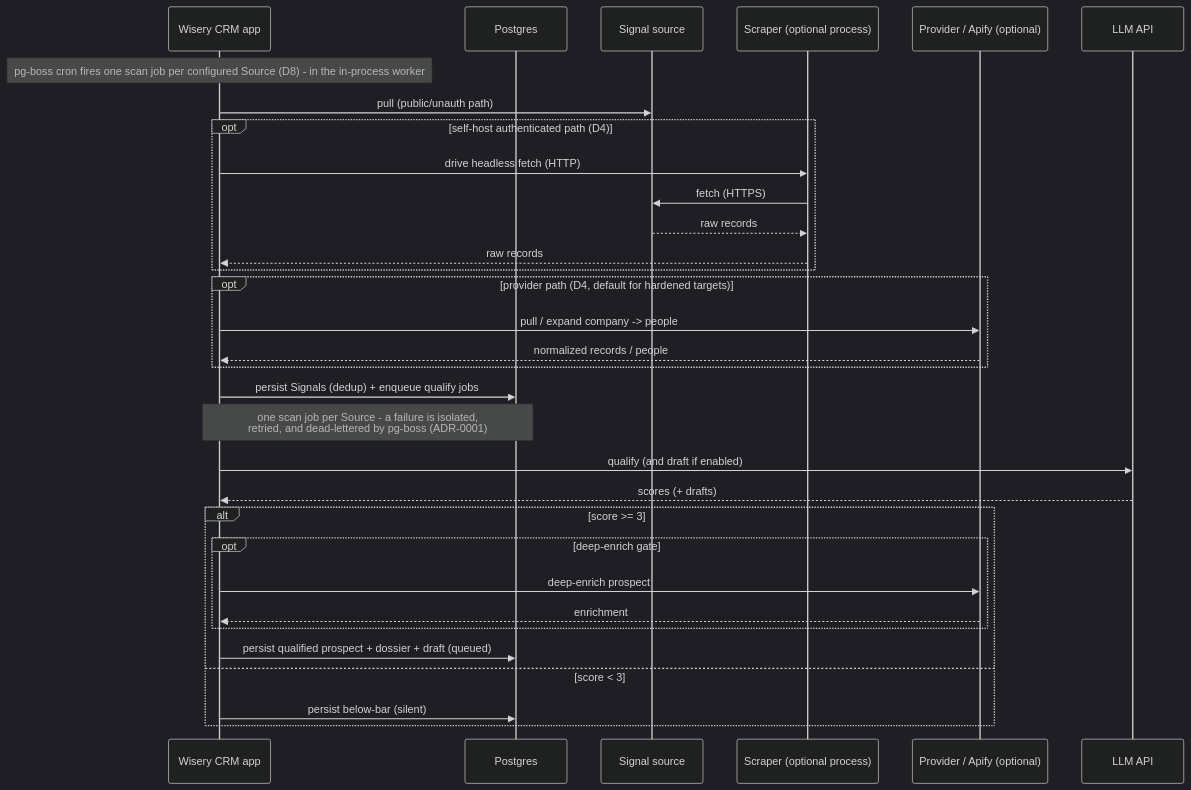
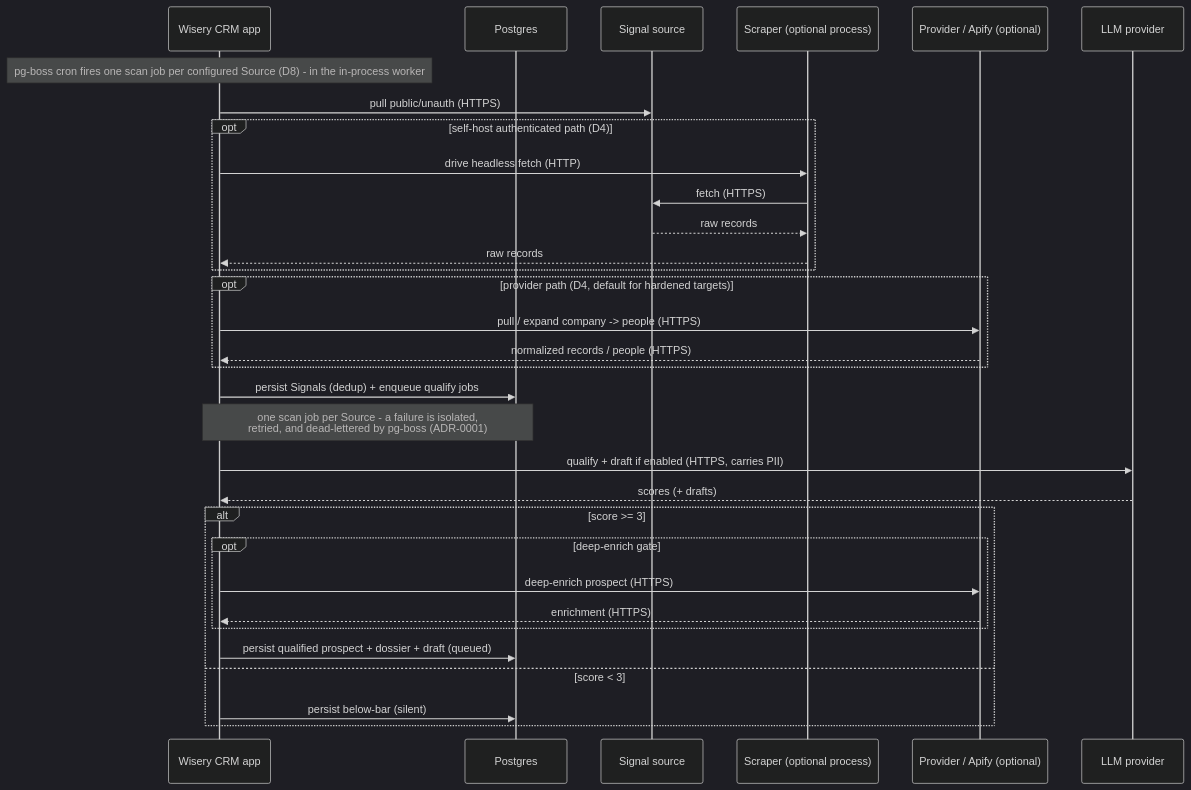
Before and after one commit to m-ratnikov/wisery-crm: the fourth of 5 diagrams in openspec/changes/c4-level2-architecture/system-design.md, drawn with Mermaid (dark theme). The commit also changed other lines of this file and 11 other files, not shown here.

````diff
--- a/openspec/changes/c4-level2-architecture/system-design.md
+++ b/openspec/changes/c4-level2-architecture/system-design.md
@@ -99,35 +140,35 @@
 ```mermaid
 sequenceDiagram
     participant App as Wisery CRM app
     participant DB as Postgres
     participant SRC as Signal source
     participant SC as Scraper (optional process)
     participant DP as Provider / Apify (optional)
-    participant LLM as LLM API
+    participant LLM as LLM provider
 
     Note over App: pg-boss cron fires one scan job per configured Source (D8) - in the in-process worker
-    App->>SRC: pull (public/unauth path)
+    App->>SRC: pull public/unauth (HTTPS)
     opt self-host authenticated path (D4)
         App->>SC: drive headless fetch (HTTP)
         SC->>SRC: fetch (HTTPS)
         SRC-->>SC: raw records
         SC-->>App: raw records
     end
     opt provider path (D4, default for hardened targets)
-        App->>DP: pull / expand company -> people
-        DP-->>App: normalized records / people
+        App->>DP: pull / expand company -> people (HTTPS)
+        DP-->>App: normalized records / people (HTTPS)
     end
     App->>DB: persist Signals (dedup) + enqueue qualify jobs
     Note over App,DB: one scan job per Source - a failure is isolated,<br/>retried, and dead-lettered by pg-boss (ADR-0001)
-    App->>LLM: qualify (and draft if enabled)
+    App->>LLM: qualify + draft if enabled (HTTPS, carries PII)
     LLM-->>App: scores (+ drafts)
     alt score >= 3
         opt deep-enrich gate
-            App->>DP: deep-enrich prospect
-            DP-->>App: enrichment
+            App->>DP: deep-enrich prospect (HTTPS)
+            DP-->>App: enrichment (HTTPS)
         end
         App->>DB: persist qualified prospect + dossier + draft (queued)
     else score < 3
         App->>DB: persist below-bar (silent)
     end
 ```
````
